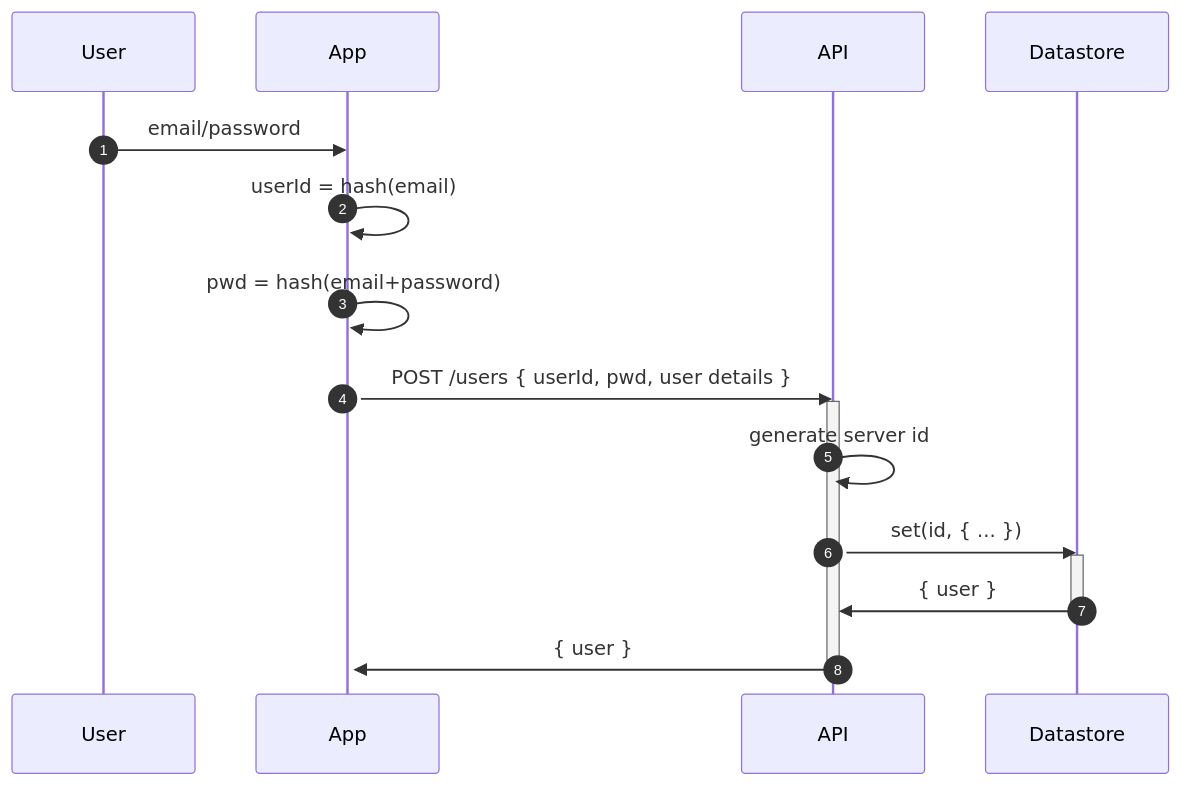
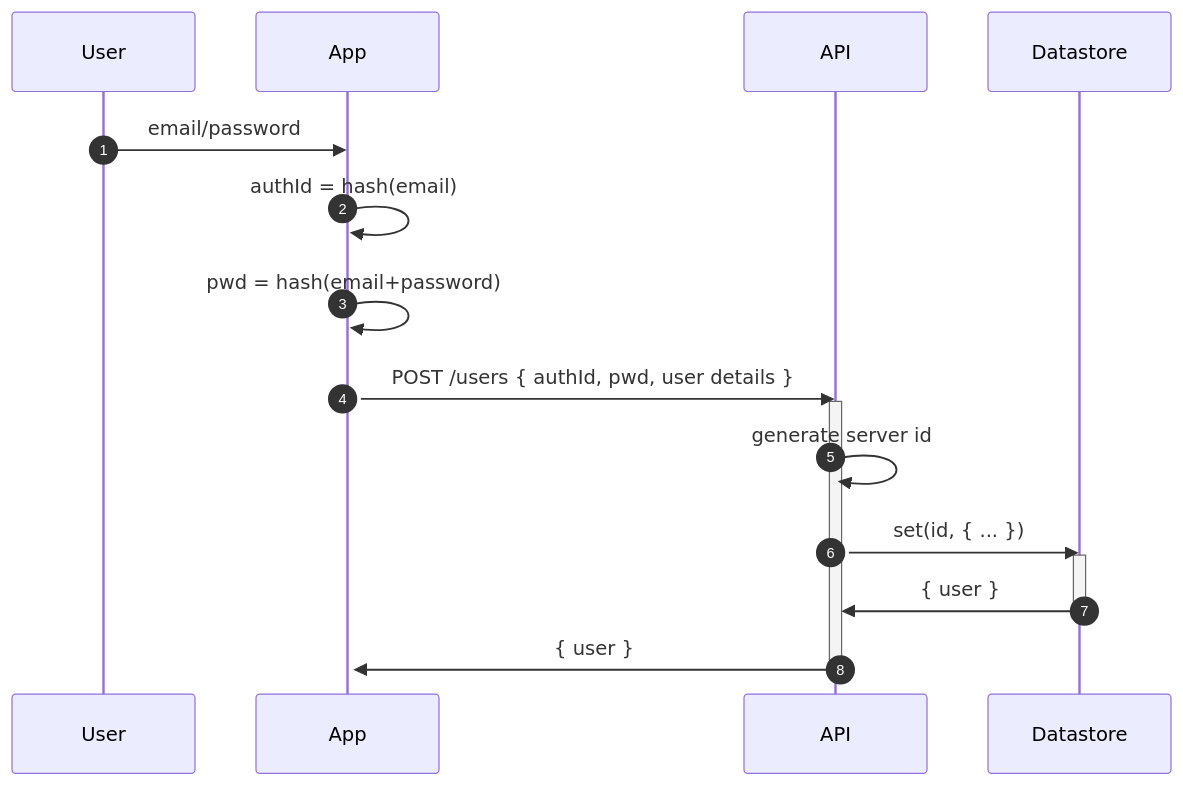
One commit to numical/my-finances changed the first of 3 diagrams in docs/stateless-server-sequence-diagrams.md. Above: the diagram before and after it, drawn with Mermaid. The commit also changed other lines of this file and 45 other files, not shown here.

````diff
--- a/docs/stateless-server-sequence-diagrams.md
+++ b/docs/stateless-server-sequence-diagrams.md
@@ -11,17 +11,17 @@
 ```mermaid
 sequenceDiagram
   autonumber
   User->>App: email/password
   activate App
-  App->>App: userId = hash(email)
+  App->>App: authId = hash(email)
   App->>App: pwd = hash(email+password)
-  App->>API: POST /users { userId, pwd, user details }
+  App->>API: POST /users { authId, pwd, user details }
   activate API
   API->>API: generate server id
   API->>Datastore: set(id, { ... })
   activate Datastore
   Datastore->>API: { user }
   deactivate Datastore
   API ->>App: { user }
   deactivate API
 ```  
````
